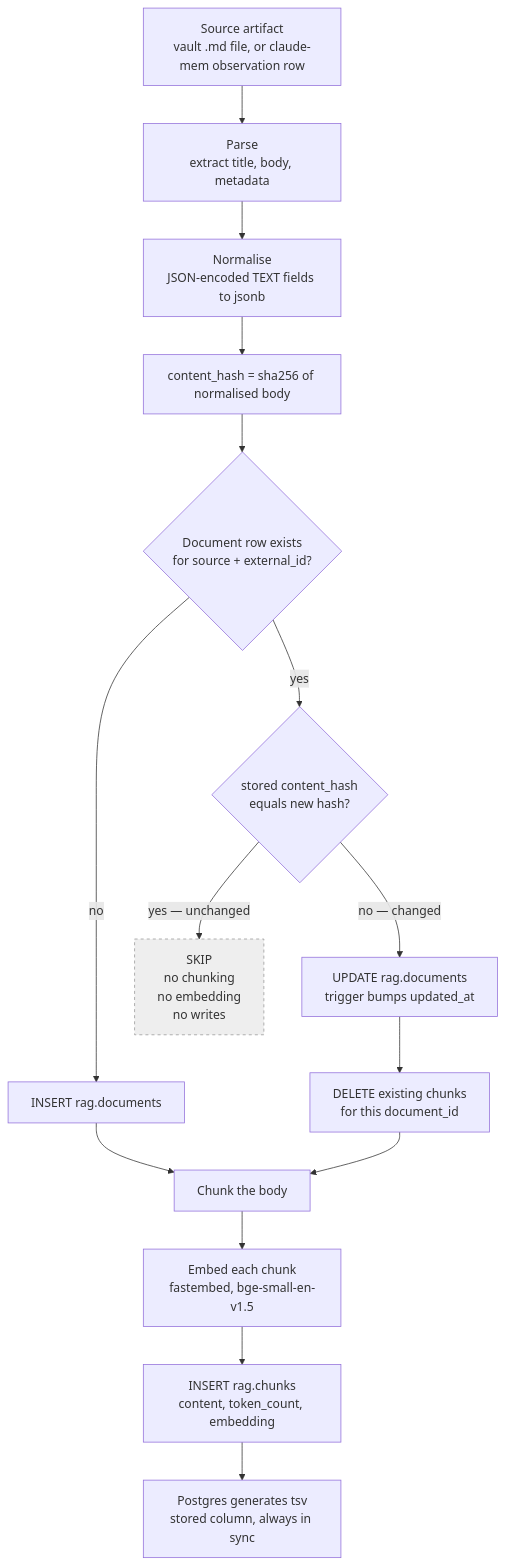
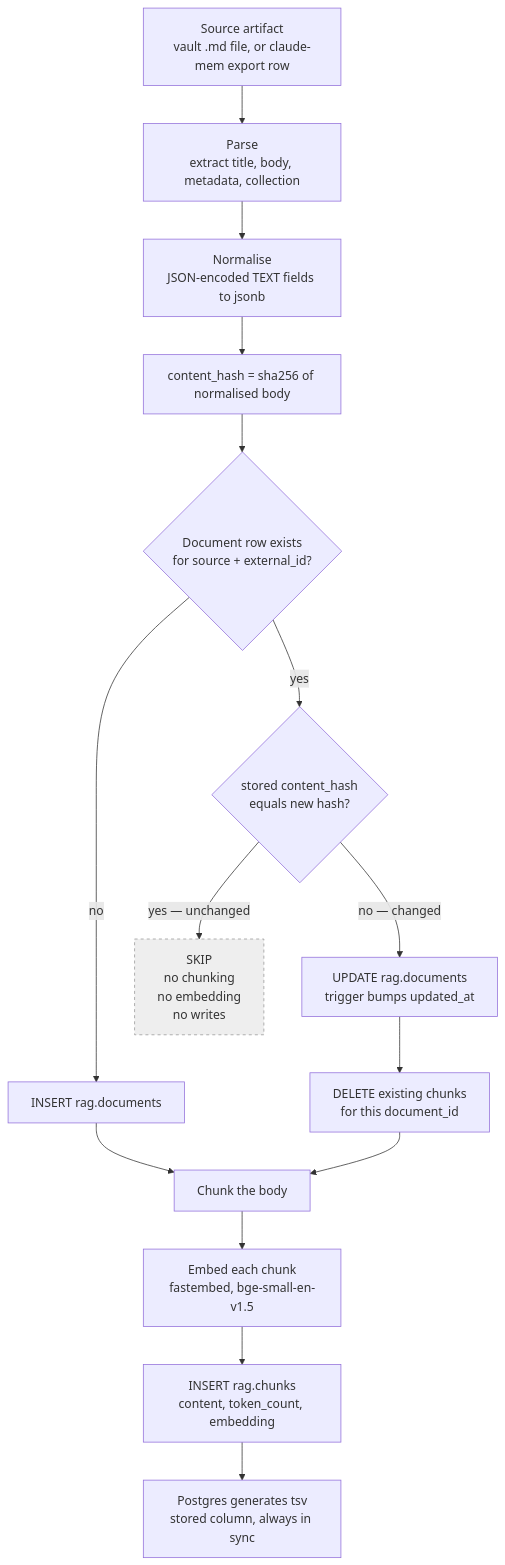
The diagram in docs/ingestion.md (emstacho-su/agentic-harness), drawn with Mermaid before and after one commit. The commit also changed other lines of this file and 8 other files, not shown here.

````diff
--- a/docs/ingestion.md
+++ b/docs/ingestion.md
@@ -16,24 +21,24 @@
 ```mermaid
 flowchart TD
-    A["Source artifact<br/>vault .md file, or claude-mem observation row"] --> B["Parse<br/>extract title, body, metadata"]
+    A["Source artifact<br/>vault .md file, or claude-mem export row"] --> B["Parse<br/>extract title, body, metadata, collection"]
     B --> C["Normalise<br/>JSON-encoded TEXT fields to jsonb"]
     C --> D["content_hash = sha256 of normalised body"]
     D --> E{"Document row exists<br/>for source + external_id?"}
 
     E -->|"no"| F["INSERT rag.documents"]
     E -->|"yes"| G{"stored content_hash<br/>equals new hash?"}
 
     G -->|"yes — unchanged"| H["SKIP<br/>no chunking<br/>no embedding<br/>no writes"]
     G -->|"no — changed"| I["UPDATE rag.documents<br/>trigger bumps updated_at"]
 
     F --> J["Chunk the body"]
     I --> K["DELETE existing chunks<br/>for this document_id"]
     K --> J
 
     J --> L["Embed each chunk<br/>fastembed, bge-small-en-v1.5"]
     L --> M["INSERT rag.chunks<br/>content, token_count, embedding"]
     M --> N["Postgres generates tsv<br/>stored column, always in sync"]
 
     classDef skip fill:#eee,stroke:#999,stroke-dasharray: 4 4
     class H skip
 ```
````
